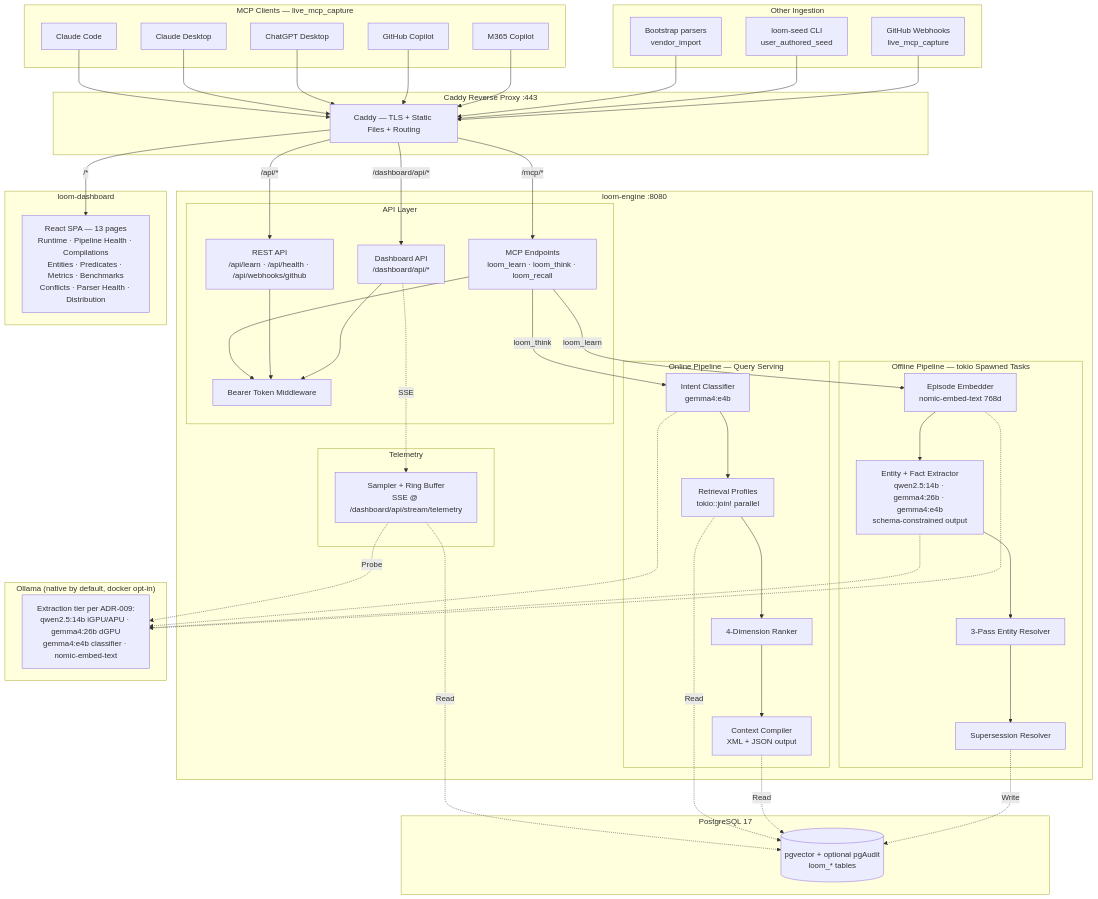
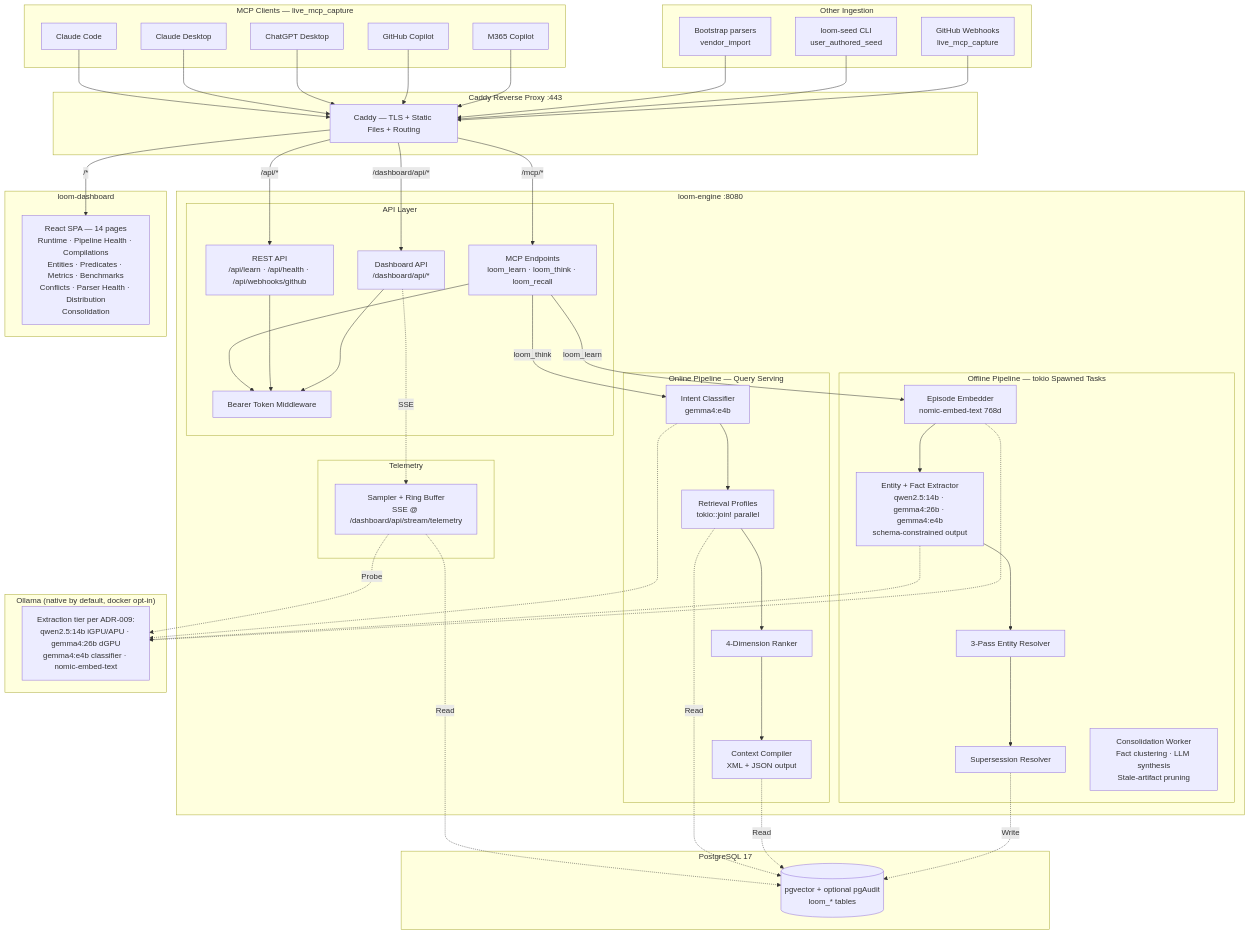
The diagram in README.md (technicalanxiety/project-loom), drawn with Mermaid before and after one commit. The commit also changed other lines of this file and 4 other files, not shown here.

First line of the commit message:
docs: document memory consolidation and active forgetting pipeline

```diff
--- a/README.md
+++ b/README.md
@@ -84,6 +84,7 @@
             Extract[Entity + Fact Extractor<br/>qwen2.5:14b · gemma4:26b · gemma4:e4b<br/>schema-constrained output]
             Resolve[3-Pass Entity Resolver]
             Supersede[Supersession Resolver]
+            Consolidate[Consolidation Worker<br/>Fact clustering · LLM synthesis<br/>Stale-artifact pruning]
         end
 
         subgraph "Telemetry"
@@ -92,7 +93,7 @@
     end
 
     subgraph "loom-dashboard"
-        DashUI[React SPA — 13 pages<br/>Runtime · Pipeline Health · Compilations<br/>Entities · Predicates · Metrics · Benchmarks<br/>Conflicts · Parser Health · Distribution]
+        DashUI[React SPA — 14 pages<br/>Runtime · Pipeline Health · Compilations<br/>Entities · Predicates · Metrics · Benchmarks<br/>Conflicts · Parser Health · Distribution<br/>Consolidation]
     end
 
     subgraph "Ollama (native by default, docker opt-in)"
```
